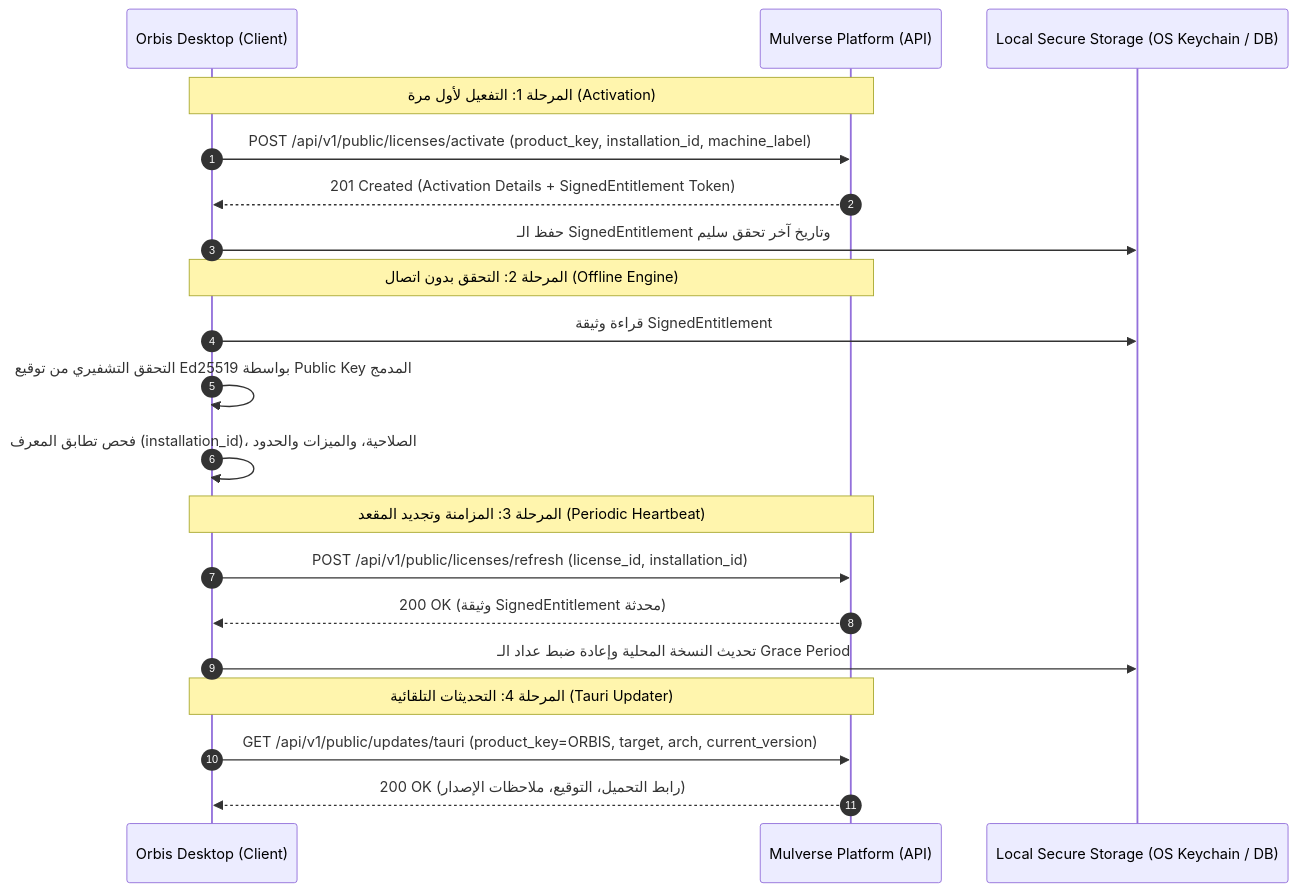
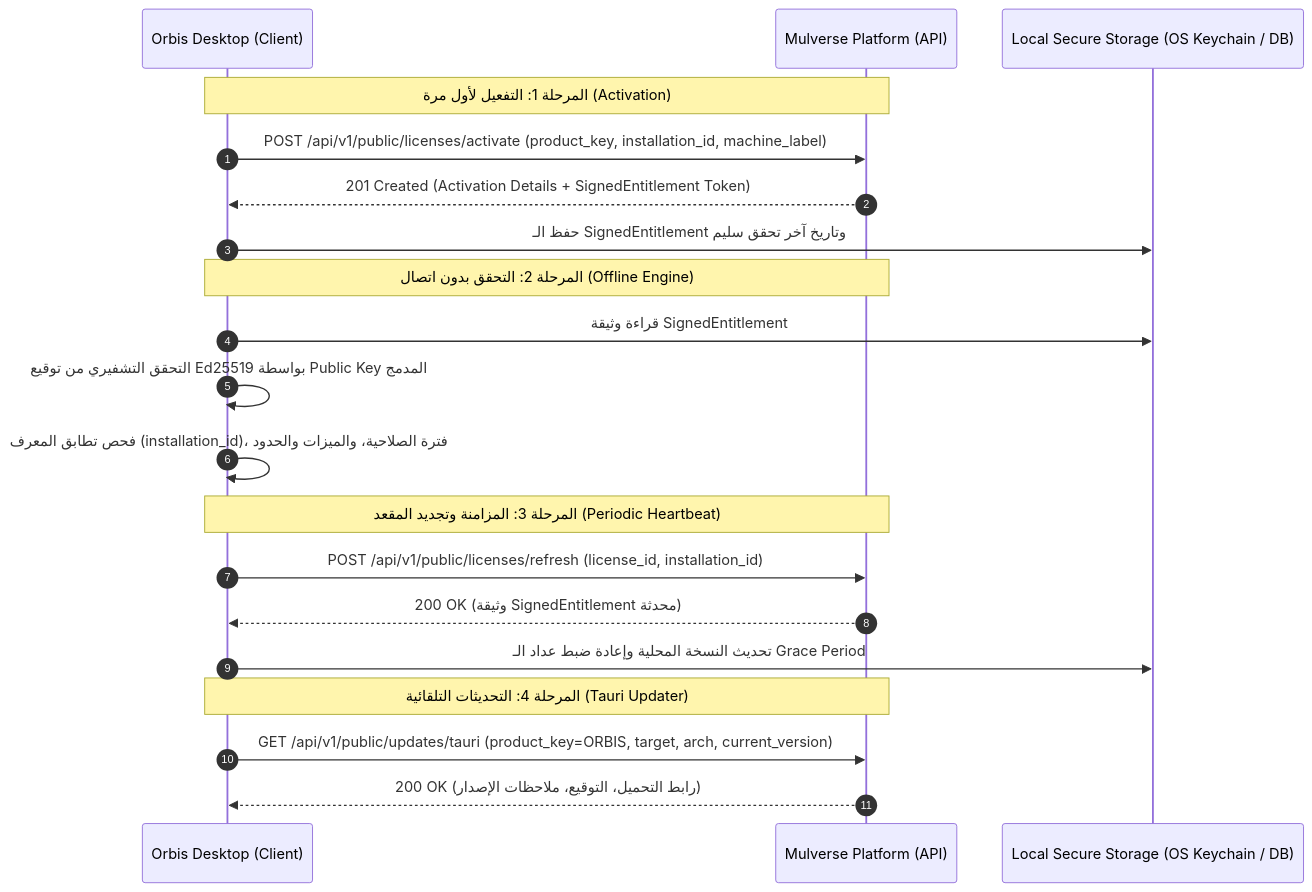
One commit to MxHabob/Orbis changed the diagram in docs/ORBIS_INTEGRATION_CONTRACT.md. Above: the diagram before and after it, drawn with Mermaid. The commit also changed other lines of this file and 31 other files, not shown here.

````diff
--- a/docs/ORBIS_INTEGRATION_CONTRACT.md
+++ b/docs/ORBIS_INTEGRATION_CONTRACT.md
@@ -31,26 +31,26 @@
 ```mermaid
 sequenceDiagram
     autonumber
     participant Orbis as Orbis Desktop (Client)
     participant Platform as Mulverse Platform (API)
     participant SecStorage as Local Secure Storage (OS Keychain / DB)
 
     Note over Orbis, Platform: المرحلة 1: التفعيل لأول مرة (Activation)
     Orbis->>Platform: POST /api/v1/public/licenses/activate (product_key, installation_id, machine_label)
     Platform-->>Orbis: 201 Created (Activation Details + SignedEntitlement Token)
     Orbis->>SecStorage: حفظ الـ SignedEntitlement وتاريخ آخر تحقق سليم
 
     Note over Orbis, Platform: المرحلة 2: التحقق بدون اتصال (Offline Engine)
     Orbis->>SecStorage: قراءة وثيقة SignedEntitlement
     Orbis->>Orbis: التحقق التشفيري من توقيع Ed25519 بواسطة Public Key المدمج
-    Orbis->>Orbis: فحص تطابق المعرف (installation_id)، الصلاحية، والميزات والحدود
+    Orbis->>Orbis: فحص تطابق المعرف (installation_id)، فترة الصلاحية، والميزات والحدود
 
     Note over Orbis, Platform: المرحلة 3: المزامنة وتجديد المقعد (Periodic Heartbeat)
     Orbis->>Platform: POST /api/v1/public/licenses/refresh (license_id, installation_id)
     Platform-->>Orbis: 200 OK (وثيقة SignedEntitlement محدثة)
     Orbis->>SecStorage: تحديث النسخة المحلية وإعادة ضبط عداد الـ Grace Period
 
     Note over Orbis, Platform: المرحلة 4: التحديثات التلقائية (Tauri Updater)
     Orbis->>Platform: GET /api/v1/public/updates/tauri (product_key=ORBIS, target, arch, current_version)
     Platform-->>Orbis: 200 OK (رابط التحميل، التوقيع، ملاحظات الإصدار)
 ```
````
